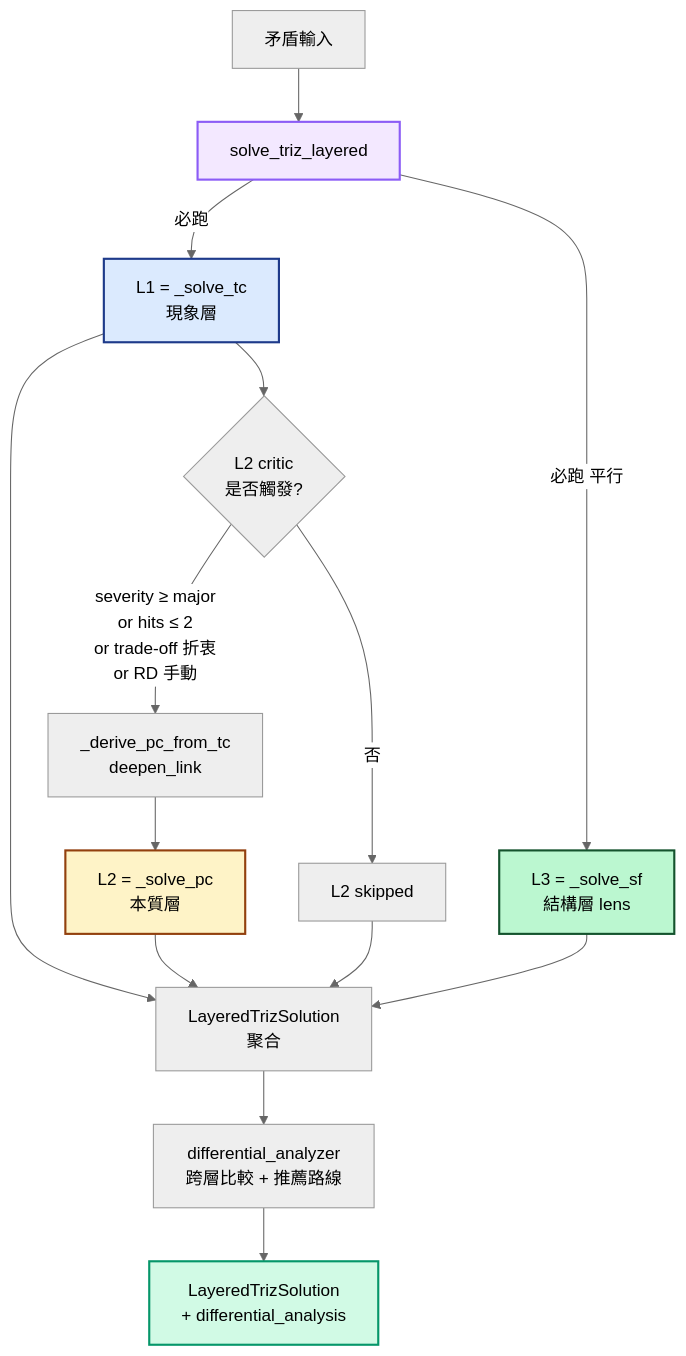
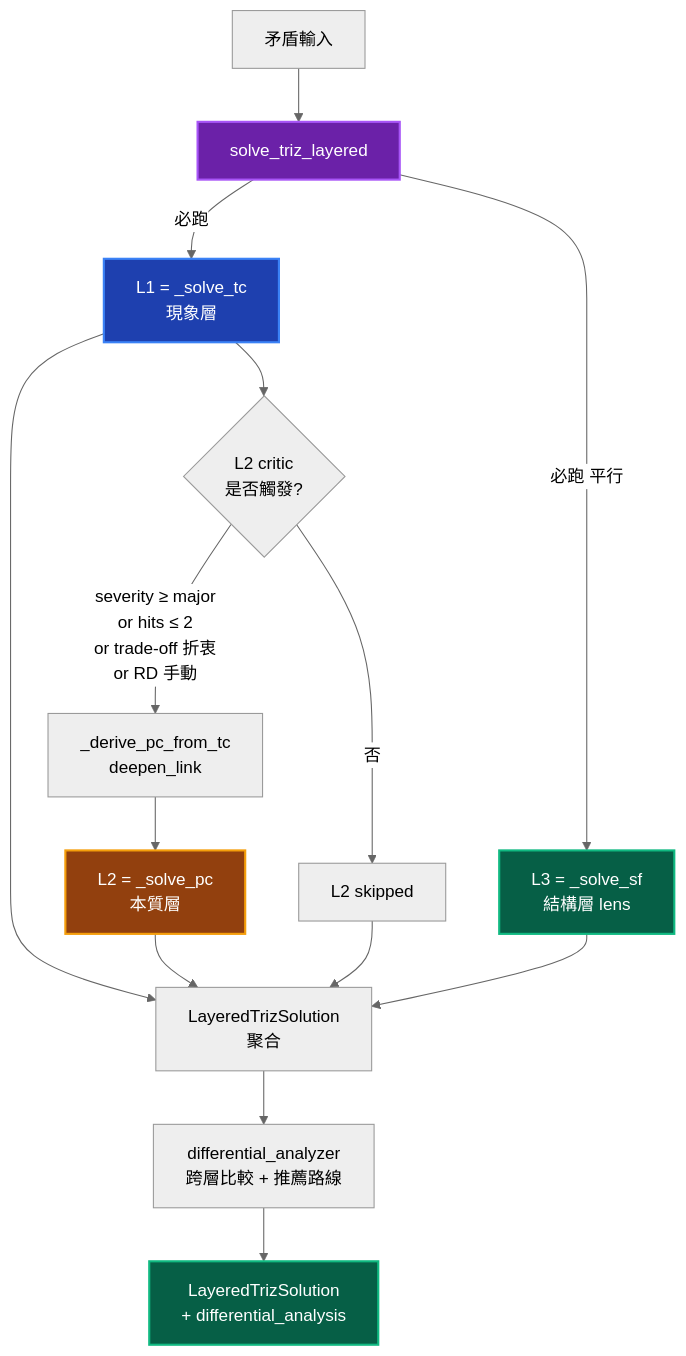
Before and after one commit to Zenobia0000/RD_copilot_system: diagram 19 of 31 in docs/01-define/diagrams/appendix-b--forward-triz-solver.md, drawn with Mermaid. The commit also changed other lines of this file and 10 other files, not shown here.

First line of the commit message:
docs(diagrams): Gate 審計修復 + diagrams 缺失補齊 + Mermaid 暗色配色

````diff
--- a/docs/01-define/diagrams/appendix-b--forward-triz-solver.md
+++ b/docs/01-define/diagrams/appendix-b--forward-triz-solver.md
@@ -967,27 +967,27 @@
 ```mermaid
 %%{init: {'theme': 'neutral'}}%%
 graph TB
     REQ[矛盾輸入] --> ORCH[solve_triz_layered]
 
     ORCH -->|必跑| L1[L1 = _solve_tc<br/>現象層]
     ORCH -->|必跑 平行| L3[L3 = _solve_sf<br/>結構層 lens]
 
     L1 --> CRIT{L2 critic<br/>是否觸發?}
     CRIT -->|severity ≥ major<br/>or hits ≤ 2<br/>or trade-off 折衷<br/>or RD 手動| DPN[_derive_pc_from_tc<br/>deepen_link]
     CRIT -->|否| SKIP[L2 skipped]
     DPN --> L2[L2 = _solve_pc<br/>本質層]
 
     L1 --> AGG[LayeredTrizSolution<br/>聚合]
     L2 --> AGG
     SKIP --> AGG
     L3 --> AGG
 
     AGG --> DIFF[differential_analyzer<br/>跨層比較 + 推薦路線]
     DIFF --> OUT[LayeredTrizSolution<br/>+ differential_analysis]
 
-    style ORCH fill:#F3E8FF,stroke:#8B5CF6,stroke-width:2px,color:#000
-    style L1 fill:#dbeafe,stroke:#1e3a8a,stroke-width:2px,color:#000
-    style L2 fill:#fef3c7,stroke:#92400e,stroke-width:2px,color:#000
-    style L3 fill:#bbf7d0,stroke:#14532d,stroke-width:2px,color:#000
-    style OUT fill:#D1FAE5,stroke:#059669,stroke-width:2px,color:#000
+    style ORCH fill:#6B21A8,color:#fff,stroke:#A855F7,stroke-width:2px
+    style L1 fill:#1E40AF,color:#fff,stroke:#3B82F6,stroke-width:2px
+    style L2 fill:#92400E,color:#fff,stroke:#F59E0B,stroke-width:2px
+    style L3 fill:#065F46,color:#fff,stroke:#10B981,stroke-width:2px
+    style OUT fill:#065F46,color:#fff,stroke:#10B981,stroke-width:2px
 ```
````
